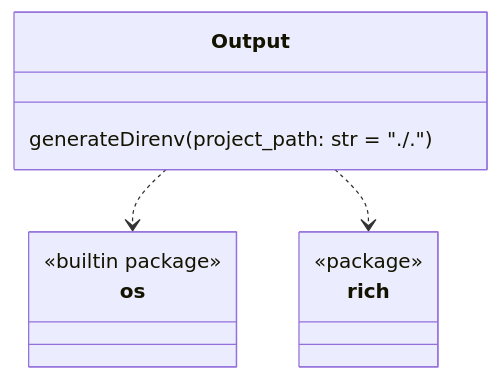
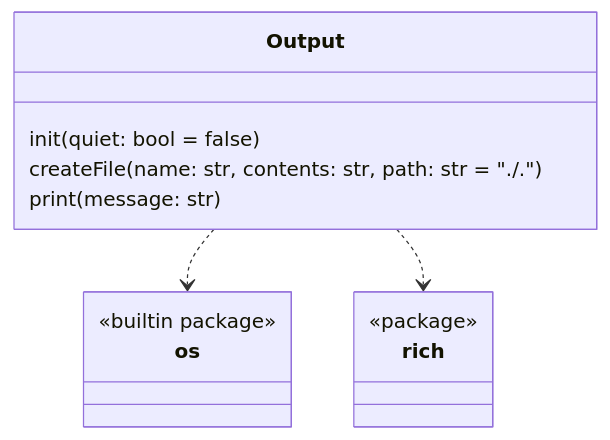
Before and after one commit to Oldranda1414/AutoDev: the sixth of 6 diagrams in docs/detailed-design.md, drawn with Mermaid. The commit also changed other lines of this file and 1 other file, not shown here.

````diff
--- a/docs/detailed-design.md
+++ b/docs/detailed-design.md
@@ -101,17 +175,19 @@
 ```mermaid
 classDiagram
     class Output {
-        generateDirenv(project_path: str = "./.")
+        init(quiet: bool = false)
+        createFile(name: str, contents: str, path: str = "./.")
+        print(message: str)
     }
 
     class os {
         <<builtin package>>
     }
 
     class rich {
         <<package>>
     }
 
     Output ..> os
     Output ..> rich
 ```
````
